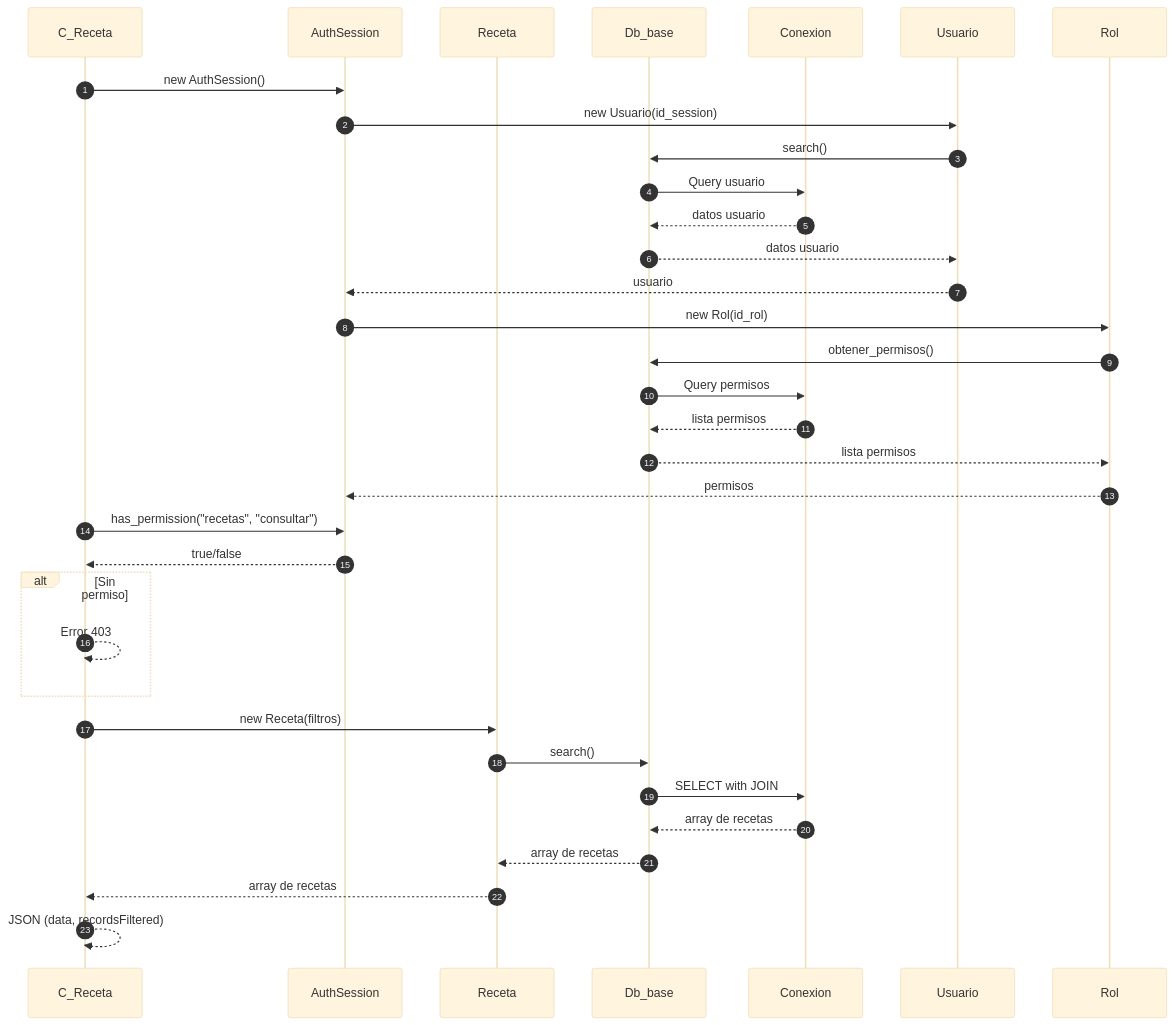
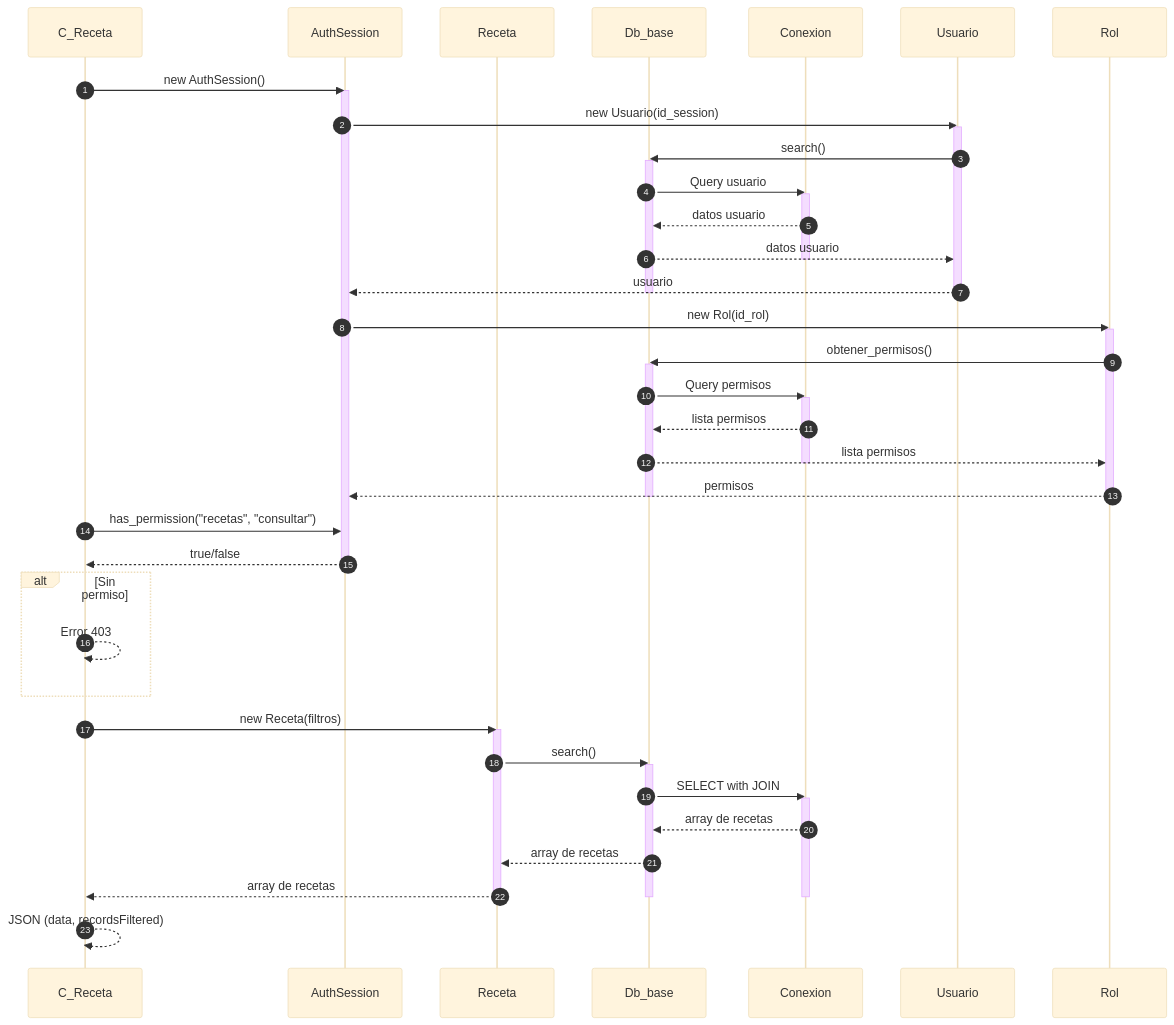
One commit to Tecrato/BurgerHouse changed the second of 5 diagrams in docs/secuencia/recetas/recetas.md. Above: the diagram before and after it, drawn with Mermaid (base theme). The commit also changed other lines of this file and 16 other files, not shown here.

First line of the commit message:
Annotate mermaid sequences & throttle generator

````diff
--- a/docs/secuencia/recetas/recetas.md
+++ b/docs/secuencia/recetas/recetas.md
@@ -60,40 +94,60 @@
 ```mermaid
 sequenceDiagram
     autonumber
     participant C_Receta as C_Receta
     participant AuthSession as AuthSession
     participant Receta as Receta
     participant Db_base as Db_base
     participant Conexion as Conexion
     
     C_Receta->>AuthSession: new AuthSession()
+    activate AuthSession
     AuthSession->>Usuario: new Usuario(id_session)
+    activate Usuario
     Usuario->>Db_base: search()
+    activate Db_base
     Db_base->>Conexion: Query usuario
+    activate Conexion
     Conexion-->>Db_base: datos usuario
     Db_base-->>Usuario: datos usuario
+    deactivate Conexion
     Usuario-->>AuthSession: usuario
+    deactivate Usuario
+    deactivate Db_base
     
     AuthSession->>Rol: new Rol(id_rol)
+    activate Rol
     Rol->>Db_base: obtener_permisos()
+    activate Db_base
     Db_base->>Conexion: Query permisos
+    activate Conexion
     Conexion-->>Db_base: lista permisos
     Db_base-->>Rol: lista permisos
+    deactivate Conexion
     Rol-->>AuthSession: permisos
+    deactivate Rol
+    deactivate Db_base
     
     C_Receta->>AuthSession: has_permission("recetas", "consultar")
     AuthSession-->>C_Receta: true/false
+    deactivate AuthSession
     
     alt Sin permiso
         C_Receta-->>C_Receta: Error 403
     end
     
     C_Receta->>Receta: new Receta(filtros)
+    activate Receta
     Receta->>Db_base: search()
+    activate Db_base
     Db_base->>Conexion: SELECT with JOIN
+    activate Conexion
     Conexion-->>Db_base: array de recetas
     Db_base-->>Receta: array de recetas
     Receta-->>C_Receta: array de recetas
+    deactivate Receta
+    deactivate Conexion
+    deactivate Db_base
     
     C_Receta-->>C_Receta: JSON (data, recordsFiltered)
 ```
````
